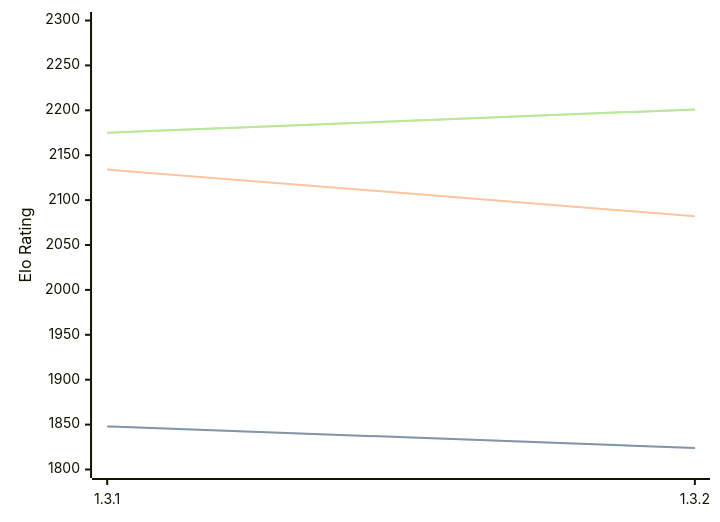
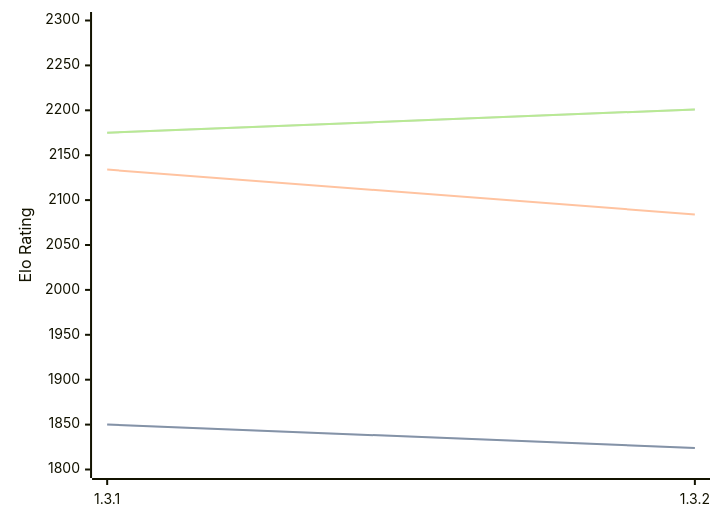
The diagram in engines/Zugblitz.md (computer-chess-index/cci), drawn with Mermaid before and after one commit. The commit also changed other lines of this file, not shown here.

````diff
--- a/engines/Zugblitz.md
+++ b/engines/Zugblitz.md
@@ -32,11 +32,11 @@
 ```mermaid
 %%{init: {"theme":"base","themeVariables":{"seriesColors:['#a3a3a3','#222221','#faa371']}}}%%
 xychart-beta
   x-axis ["1.3.1", "1.3.2"]
   y-axis "Elo Rating" 1800 --> 2300
-  line "STC (8.0+0.08s)" [1848, 1824]
-  line "STC (8.0+0.08s)" [1848, 1824]
-  line "LTC (60.0+0.60s)" [2134, 2082]
+  line "STC (8.0+0.08s)" [1850, 1824]
+  line "STC (8.0+0.08s)" [1850, 1824]
+  line "LTC (60.0+0.60s)" [2134, 2084]
   line "VLTC (2m24s+1.12s)" [2175, 2201]
   line "VLTC (2m24s+1.12s)" [2175, 2201]
 ```
````
